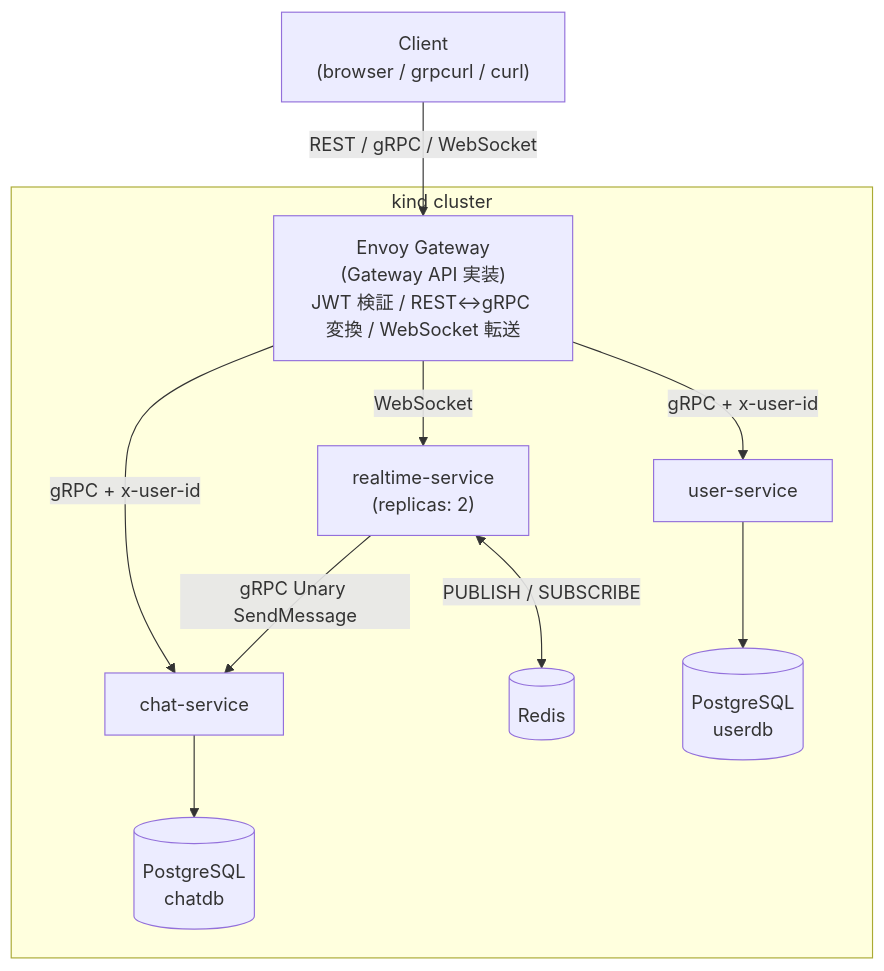
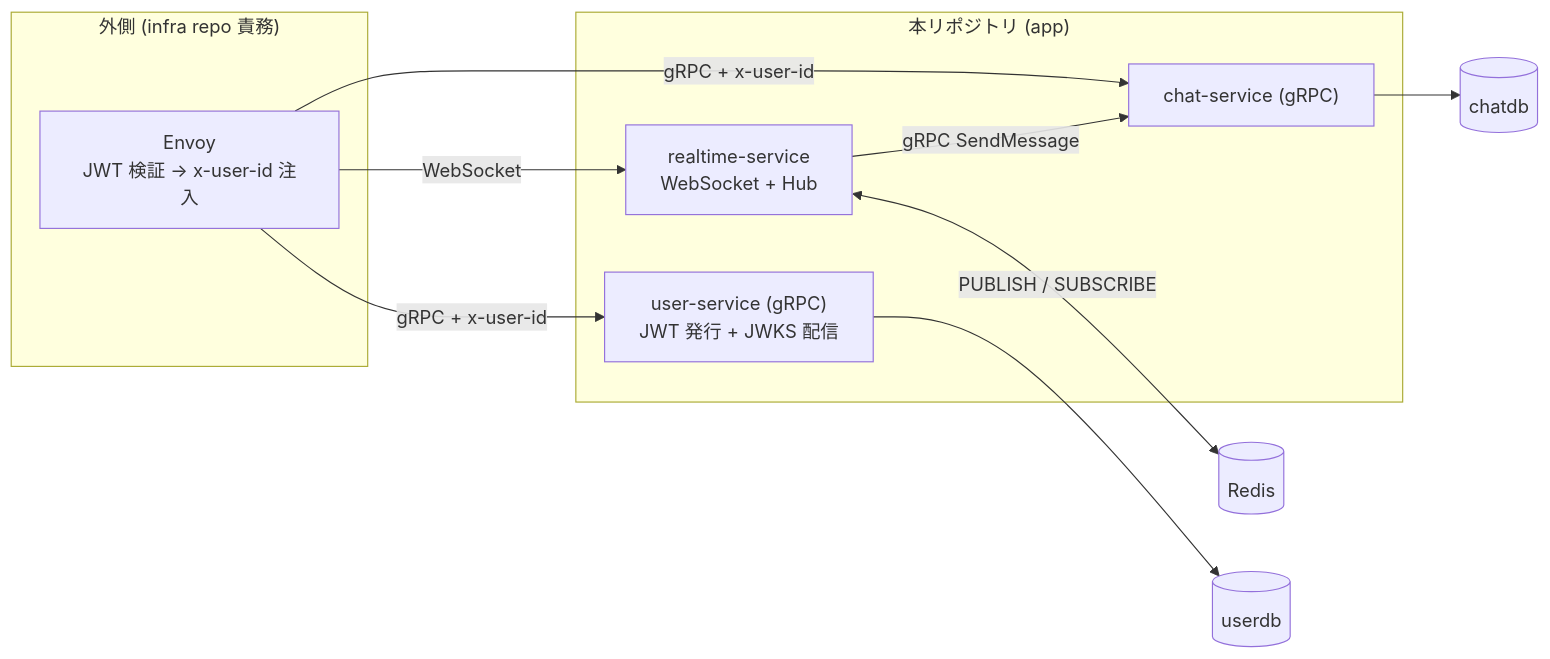
One commit to shunto-ishiguro/go-microservices-chat changed the diagram in README.md. Above: the diagram before and after it, drawn with Mermaid. The commit also changed other lines of this file, not shown here.

First line of the commit message:
docs(README): 4 Phase 構成と app + dev E2E 境界に刷新

````diff
--- a/README.md
+++ b/README.md
@@ -42,18 +42,21 @@
 ```mermaid
-graph TD
-    Client["Client<br/>(browser / grpcurl / curl)"] -->|REST / gRPC / WebSocket| EG
+graph LR
+    subgraph "外側 (infra repo 責務)"
+      GW["Envoy<br/>JWT 検証 → x-user-id 注入"]
+    end
 
-    subgraph "kind cluster"
-      EG["Envoy Gateway<br/>(Gateway API 実装)<br/>JWT 検証 / REST↔gRPC 変換 / WebSocket 転送"]
+    subgraph "本リポジトリ (app)"
+      US["user-service (gRPC)<br/>JWT 発行 + JWKS 配信"]
+      CS["chat-service (gRPC)"]
+      RS["realtime-service<br/>WebSocket + Hub"]
+    end
 
-      EG -->|gRPC + x-user-id| US["user-service"]
-      EG -->|gRPC + x-user-id| CS["chat-service"]
-      EG -->|WebSocket| RS["realtime-service<br/>(replicas: 2)"]
+    GW -->|gRPC + x-user-id| US
+    GW -->|gRPC + x-user-id| CS
+    GW -->|WebSocket| RS
 
-      RS -->|gRPC Unary SendMessage| CS
-      RS <-->|PUBLISH / SUBSCRIBE| Redis[("Redis")]
-
-      US --> PG1[("PostgreSQL<br/>userdb")]
-      CS --> PG2[("PostgreSQL<br/>chatdb")]
-    end
+    RS -->|gRPC SendMessage| CS
+    RS <-->|PUBLISH / SUBSCRIBE| Redis[("Redis")]
+    US --> PG1[("userdb")]
+    CS --> PG2[("chatdb")]
 ```
````
